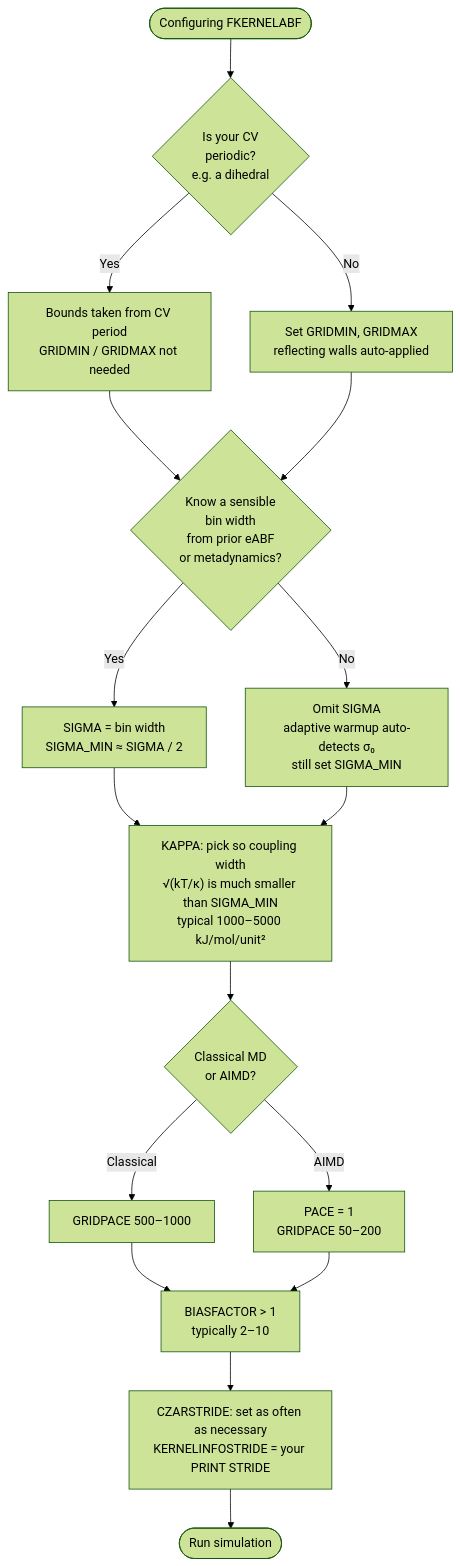
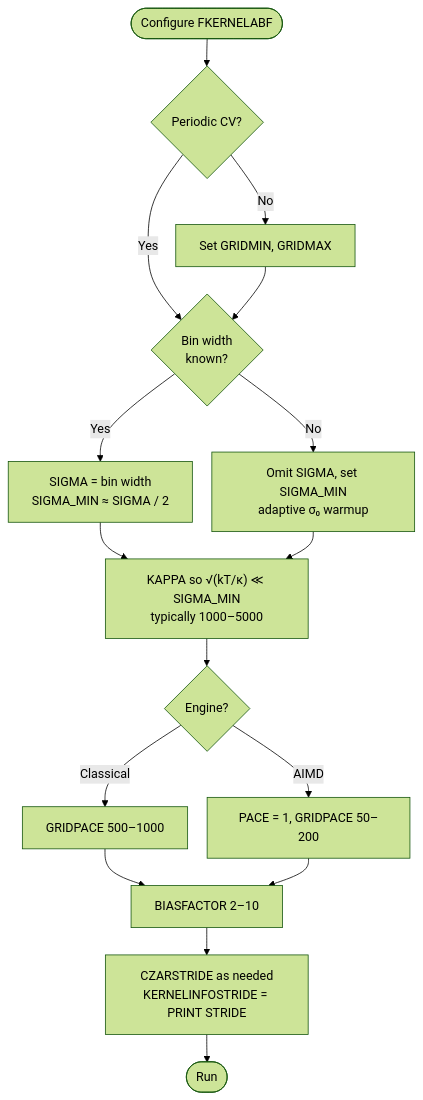
The diagram in README.md (aditya1707/ForceKernel-eABF), drawn with Mermaid (forest theme) before and after one commit. The commit also changed other lines of this file, not shown here.

Commit message:
Added paper citation

````diff
--- a/README.md
+++ b/README.md
@@ -62,26 +71,23 @@
 ```mermaid
+%%{init: {'flowchart': {'nodeSpacing': 25, 'rankSpacing': 35}}}%%
 flowchart TD
-    Start([Configuring FKERNELABF]) --> CV{Is your CV<br/>periodic?<br/>e.g. a dihedral}
-    CV -->|Yes| CVP[Bounds taken from CV period<br/>GRIDMIN / GRIDMAX not needed]
-    CV -->|No| CVN[Set GRIDMIN, GRIDMAX<br/>reflecting walls auto-applied]
-
-    CVP --> Sigma{Know a sensible<br/>bin width<br/>from prior eABF<br/>or metadynamics?}
-    CVN --> Sigma
+    Start([Configure FKERNELABF]) --> CV{Periodic CV?}
+    CV -->|No| CVN[Set GRIDMIN, GRIDMAX]
+    CV -->|Yes| Sigma
+    CVN --> Sigma{Bin width<br/>known?}
 
     Sigma -->|Yes| SS[SIGMA = bin width<br/>SIGMA_MIN ≈ SIGMA / 2]
-    Sigma -->|No| SA[Omit SIGMA<br/>adaptive warmup auto-detects σ₀<br/>still set SIGMA_MIN]
+    Sigma -->|No| SA[Omit SIGMA, set SIGMA_MIN<br/>adaptive σ₀ warmup]
 
-    SS --> Kappa["KAPPA: pick so coupling width<br/>√(kT/κ) is much smaller than SIGMA_MIN<br/>typical 1000–5000 kJ/mol/unit²"]
+    SS --> Kappa["KAPPA so √(kT/κ) ≪ SIGMA_MIN<br/>typically 1000–5000"]
     SA --> Kappa
 
-    Kappa --> Engine{Classical MD<br/>or AIMD?}
+    Kappa --> Engine{Engine?}
     Engine -->|Classical| MD[GRIDPACE 500–1000]
-    Engine -->|AIMD| AIMD[PACE = 1<br/>GRIDPACE 50–200]
+    Engine -->|AIMD| AIMD[PACE = 1, GRIDPACE 50–200]
 
-    MD --> BiasFactor[BIASFACTOR &gt; 1<br/>typically 2–10]
-    AIMD --> BiasFactor
-
-    BiasFactor --> Out[CZARSTRIDE: set as often as necessary<br/>KERNELINFOSTRIDE = your PRINT STRIDE]
-
-    Out --> End([Run simulation])
+    MD --> Bias[BIASFACTOR 2–10]
+    AIMD --> Bias
+    Bias --> Out[CZARSTRIDE as needed<br/>KERNELINFOSTRIDE = PRINT STRIDE]
+    Out --> End([Run])
 ```
````
